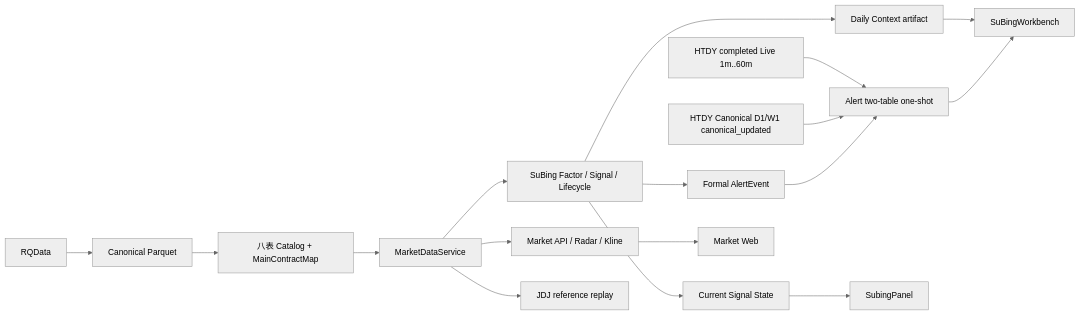
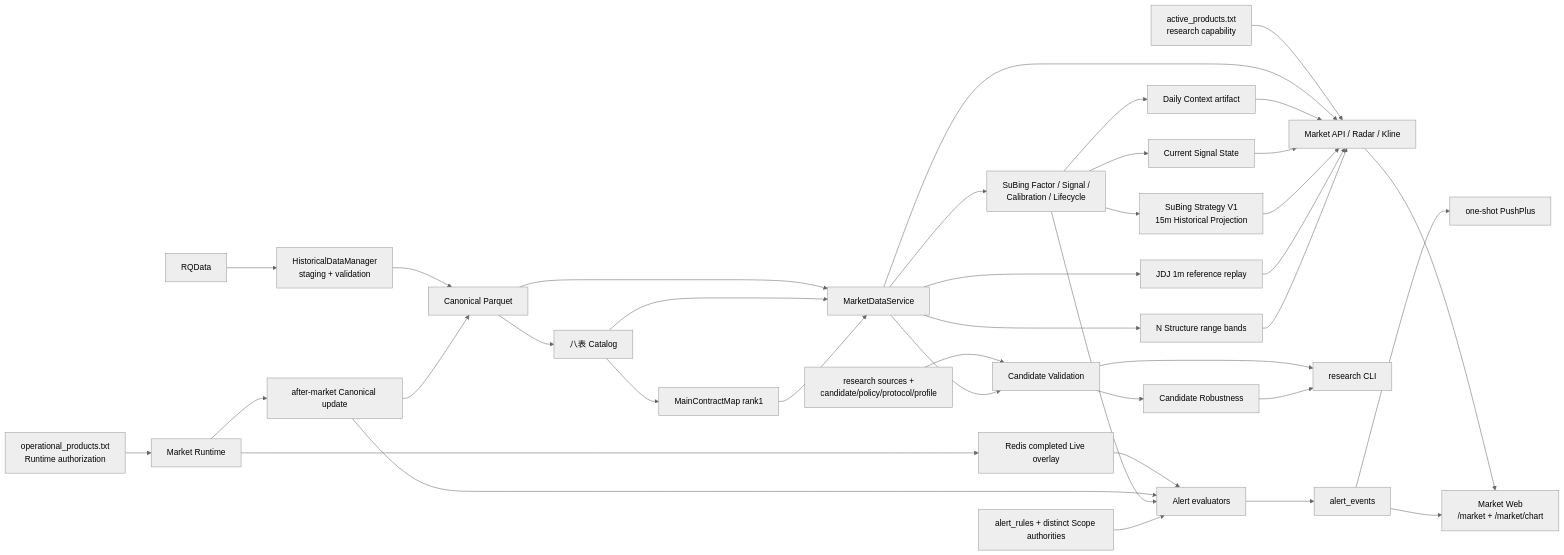
One commit to firehell/guiyi-quant-workstation changed the diagram in docs/ARCHITECTURE.md. Above: the diagram before and after it, drawn with Mermaid (neutral theme). The commit also changed other lines of this file and 7 other files, not shown here.

Commit message:
docs: converge current architecture facts

````diff
--- a/docs/ARCHITECTURE.md
+++ b/docs/ARCHITECTURE.md
@@ -5,19 +7,46 @@
 ```mermaid
 flowchart LR
-  RQData --> Canonical[Canonical Parquet]
-  Canonical --> Catalog[八表 Catalog + MainContractMap]
-  Catalog --> MDS[MarketDataService]
-  MDS --> Market[Market API / Radar / Kline]
-  MDS --> SuBing[SuBing Factor / Signal / Lifecycle]
-  MDS --> JDJ[JDJ reference replay]
-  SuBing --> Daily[Daily Context artifact]
-  SuBing --> Current[Current Signal State]
-  SuBing --> Event[Formal AlertEvent]
-  HTDYLive[HTDY completed Live 1m..60m] --> Alert
-  HTDYCanonical[HTDY Canonical D1/W1 canonical_updated] --> Alert
-  Event --> Alert[Alert two-table one-shot]
-  Market --> Web[Market Web]
-  Daily --> Workbench[SuBingWorkbench]
-  Current --> Panel[SubingPanel]
-  Alert --> Workbench
+  RQ[RQData] --> HDM[HistoricalDataManager<br/>staging + validation]
+  HDM --> CP[Canonical Parquet]
+  CP --> CAT[八表 Catalog]
+  CAT --> MCM[MainContractMap rank1]
+  CP --> MDS[MarketDataService]
+  CAT --> MDS
+  MCM --> MDS
+
+  ACTIVE[active_products.txt<br/>research capability] --> MARKET[Market API / Radar / Kline]
+  MDS --> MARKET
+  MARKET --> WEB[Market Web<br/>/market + /market/chart]
+
+  MDS --> SF[SuBing Factor / Signal /<br/>Calibration / Lifecycle]
+  SF --> DAILY[Daily Context artifact]
+  SF --> CURRENT[Current Signal State]
+  SF --> SSP[SuBing Strategy V1<br/>15m Historical Projection]
+  DAILY --> MARKET
+  CURRENT --> MARKET
+  SSP --> MARKET
+
+  MDS --> JDJ[JDJ 1m reference replay]
+  JDJ --> MARKET
+  MDS --> N[N Structure range bands]
+  N --> MARKET
+
+  SRC[research sources +<br/>candidate/policy/protocol/profile] --> CV[Candidate Validation]
+  MDS --> CV
+  CV --> ROB[Candidate Robustness]
+  CV --> RCLI[research CLI]
+  ROB --> RCLI
+
+  OPS[operational_products.txt<br/>Runtime authorization] --> MR[Market Runtime]
+  MR --> LIVE[Redis completed Live overlay]
+  MR --> EOD[after-market Canonical update]
+  EOD --> CP
+
+  LIVE --> AE[Alert evaluators]
+  EOD --> AE
+  SF --> AE
+  RULE[alert_rules + distinct Scope authorities] --> AE
+  AE --> EVENT[alert_events]
+  EVENT --> PUSH[one-shot PushPlus]
+  EVENT --> WEB
 ```
````
